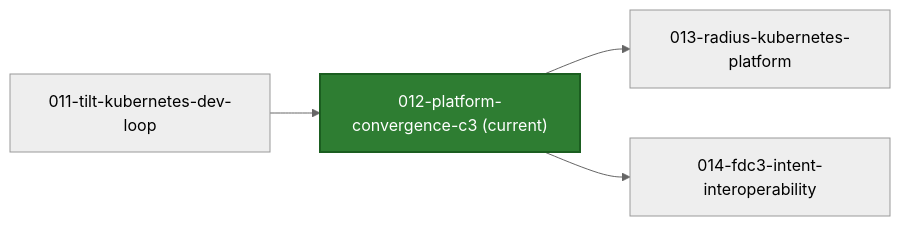
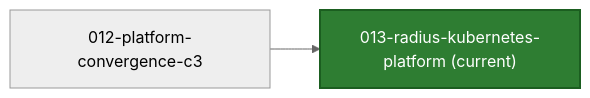
One commit to azure-octo/traderX changed the first of 2 diagrams in README.md. Above: the diagram before and after it, drawn with Mermaid (neutral theme). The commit also changed other lines of this file and 97 other files, not shown here.

First line of the commit message:
snapshot: 013-radius-kubernetes-platform generated from a41e87908ebf8e9d2cd385280eacced32887bb1e

````diff
--- a/README.md
+++ b/README.md
@@ -19,12 +21,8 @@
 ```mermaid
 flowchart LR
-  S_CUR["012-platform-convergence-c3 (current)"]
+  S_CUR["013-radius-kubernetes-platform (current)"]
   style S_CUR fill:#2e7d32,stroke:#1b5e20,color:#ffffff,stroke-width:2px
-  S_PREV_011_tilt_kubernetes_dev_loop["011-tilt-kubernetes-dev-loop"] --> S_CUR
-  click S_PREV_011_tilt_kubernetes_dev_loop href "https://github.com/finos/traderX/tree/code%2Fgenerated-state-011-tilt-kubernetes-dev-loop" "Open branch"
-  S_CUR --> S_NEXT_013_radius_kubernetes_platform["013-radius-kubernetes-platform"]
-  click S_NEXT_013_radius_kubernetes_platform href "https://github.com/finos/traderX/tree/code%2Fgenerated-state-013-radius-kubernetes-platform" "Open branch"
-  S_CUR --> S_NEXT_014_fdc3_intent_interoperability["014-fdc3-intent-interoperability"]
-  click S_NEXT_014_fdc3_intent_interoperability href "https://github.com/finos/traderX/tree/code%2Fgenerated-state-014-fdc3-intent-interoperability" "Open branch"
-  click S_CUR href "https://github.com/finos/traderX/tree/code%2Fgenerated-state-012-platform-convergence-c3" "Open current branch"
+  S_PREV_012_platform_convergence_c3["012-platform-convergence-c3"] --> S_CUR
+  click S_PREV_012_platform_convergence_c3 href "https://github.com/finos/traderX/tree/code%2Fgenerated-state-012-platform-convergence-c3" "Open branch"
+  click S_CUR href "https://github.com/finos/traderX/tree/code%2Fgenerated-state-013-radius-kubernetes-platform" "Open current branch"
 ```
````
